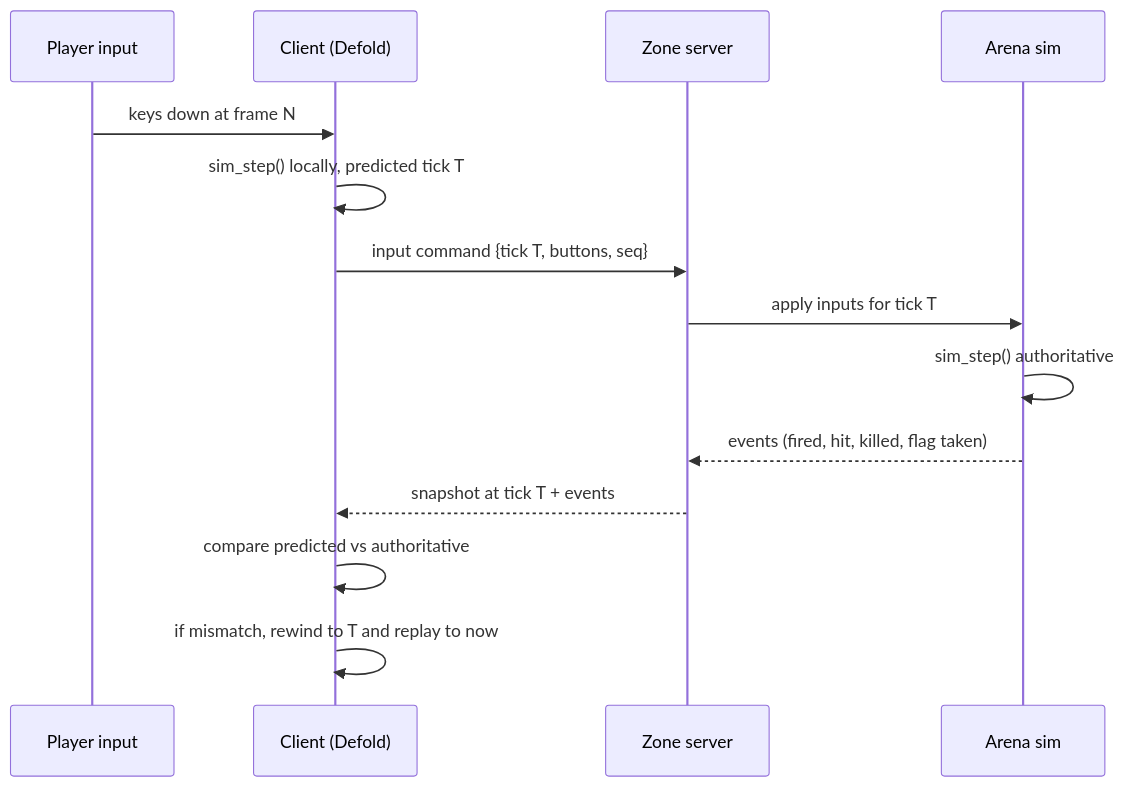
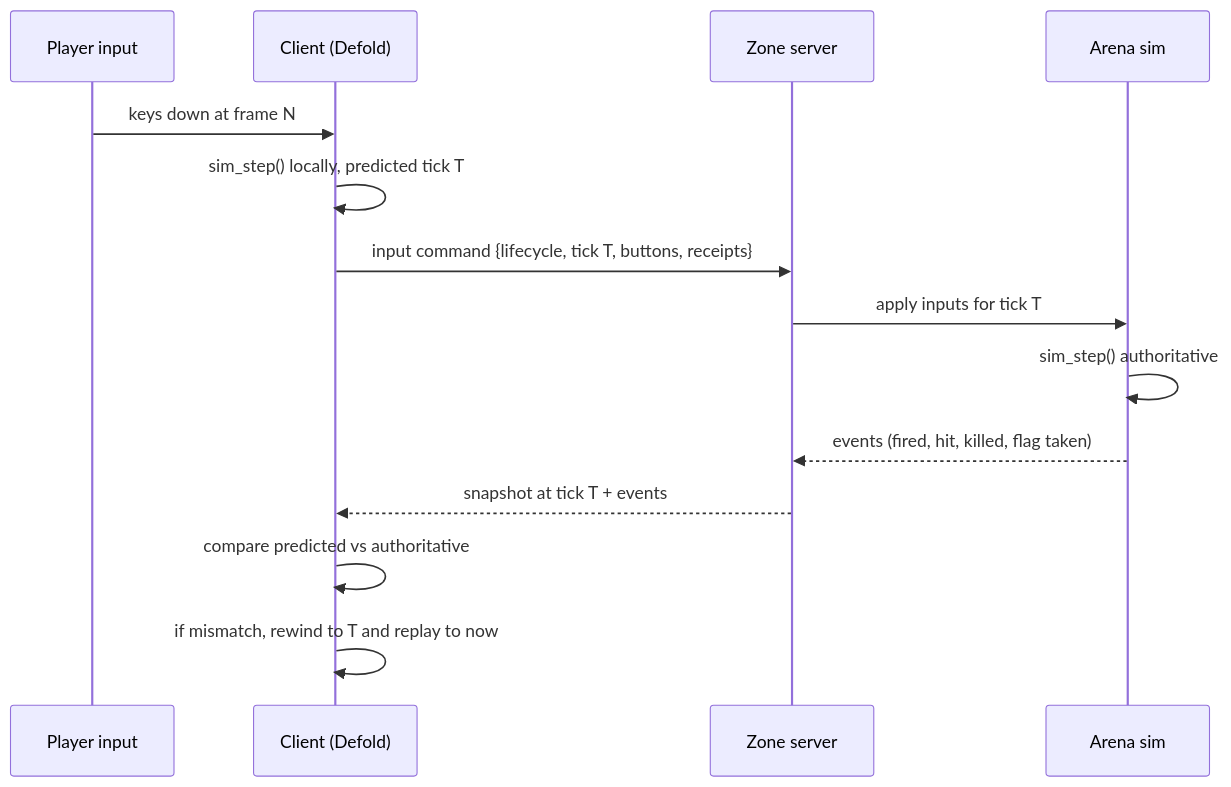
One commit to criccomini/vectorwake changed the first of 2 diagrams in docs/architecture/system-overview.md. Above: the diagram before and after it, drawn with Mermaid. The commit also changed other lines of this file and 141 other files, not shown here.

````diff
--- a/docs/architecture/system-overview.md
+++ b/docs/architecture/system-overview.md
@@ -54,17 +53,17 @@
 ```mermaid
 sequenceDiagram
     participant P as Player input
     participant C as Client (Defold)
     participant S as Zone server
     participant A as Arena sim
 
     P->>C: keys down at frame N
     C->>C: sim_step() locally, predicted tick T
-    C->>S: input command {tick T, buttons, seq}
+    C->>S: input command {lifecycle, tick T, buttons, receipts}
     S->>A: apply inputs for tick T
     A->>A: sim_step() authoritative
     A-->>S: events (fired, hit, killed, flag taken)
     S-->>C: snapshot at tick T + events
     C->>C: compare predicted vs authoritative
     C->>C: if mismatch, rewind to T and replay to now
 ```
````
